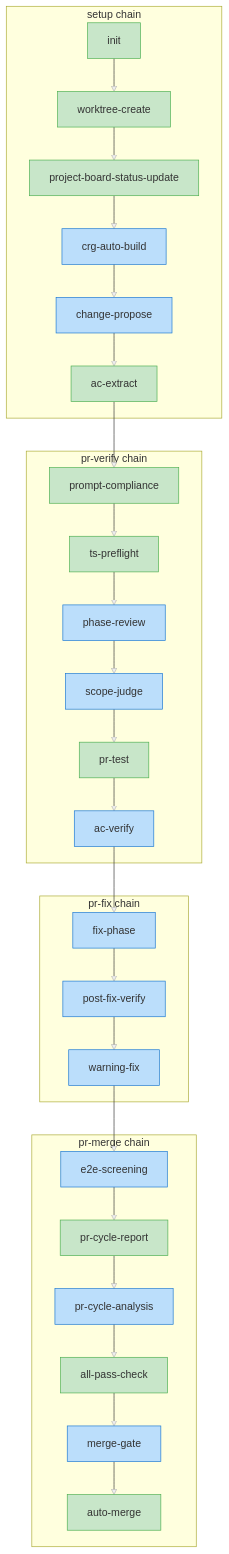
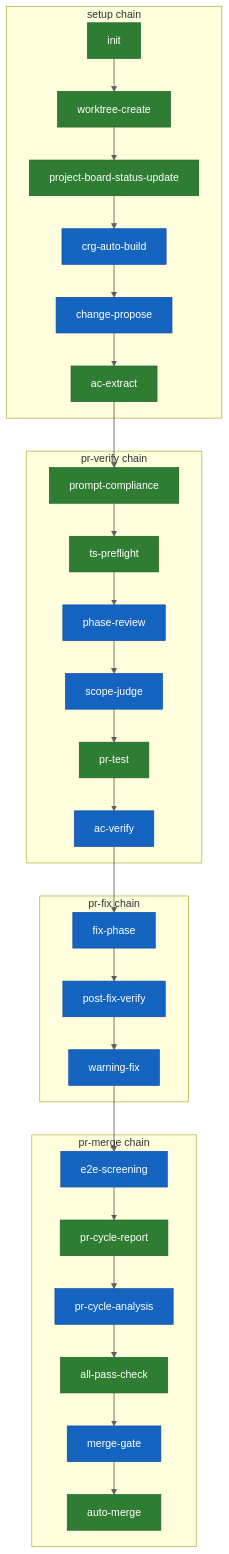
One commit to shuu5/twill changed the second of 3 diagrams in plugins/twl/architecture/domain/contexts/autopilot.md. Above: the diagram before and after it, drawn with Mermaid. The commit also changed 3 other files, not shown here.

First line of the commit message:
fix(chain): Mermaid classDef の色をWCAG AA準拠に修正

````diff
--- a/plugins/twl/architecture/domain/contexts/autopilot.md
+++ b/plugins/twl/architecture/domain/contexts/autopilot.md
@@ -94,63 +94,63 @@
 ```mermaid
 flowchart TD
 
     subgraph setup["setup chain"]
         setup__init["init"]:::script
         setup__worktree_create["worktree-create"]:::script
         setup__project_board_status_update["project-board-status-update"]:::script
         setup__crg_auto_build["crg-auto-build"]:::llm
         setup__change_propose["change-propose"]:::llm
         setup__ac_extract["ac-extract"]:::script
     end
 
     subgraph pr_verify["pr-verify chain"]
         pr_verify__prompt_compliance["prompt-compliance"]:::script
         pr_verify__ts_preflight["ts-preflight"]:::script
         pr_verify__phase_review["phase-review"]:::llm
         pr_verify__scope_judge["scope-judge"]:::llm
         pr_verify__pr_test["pr-test"]:::script
         pr_verify__ac_verify["ac-verify"]:::llm
     end
 
     subgraph pr_fix["pr-fix chain"]
         pr_fix__fix_phase["fix-phase"]:::llm
         pr_fix__post_fix_verify["post-fix-verify"]:::llm
         pr_fix__warning_fix["warning-fix"]:::llm
     end
 
     subgraph pr_merge["pr-merge chain"]
         pr_merge__e2e_screening["e2e-screening"]:::llm
         pr_merge__pr_cycle_report["pr-cycle-report"]:::script
         pr_merge__pr_cycle_analysis["pr-cycle-analysis"]:::llm
         pr_merge__all_pass_check["all-pass-check"]:::script
         pr_merge__merge_gate["merge-gate"]:::llm
         pr_merge__auto_merge["auto-merge"]:::script
     end
 
     setup__init --> setup__worktree_create
     setup__worktree_create --> setup__project_board_status_update
     setup__project_board_status_update --> setup__crg_auto_build
     setup__crg_auto_build --> setup__change_propose
     setup__change_propose --> setup__ac_extract
     pr_verify__prompt_compliance --> pr_verify__ts_preflight
     pr_verify__ts_preflight --> pr_verify__phase_review
     pr_verify__phase_review --> pr_verify__scope_judge
     pr_verify__scope_judge --> pr_verify__pr_test
     pr_verify__pr_test --> pr_verify__ac_verify
     pr_fix__fix_phase --> pr_fix__post_fix_verify
     pr_fix__post_fix_verify --> pr_fix__warning_fix
     pr_merge__e2e_screening --> pr_merge__pr_cycle_report
     pr_merge__pr_cycle_report --> pr_merge__pr_cycle_analysis
     pr_merge__pr_cycle_analysis --> pr_merge__all_pass_check
     pr_merge__all_pass_check --> pr_merge__merge_gate
     pr_merge__merge_gate --> pr_merge__auto_merge
 
     setup__ac_extract --> pr_verify__prompt_compliance
     pr_verify__ac_verify --> pr_fix__fix_phase
     pr_fix__warning_fix --> pr_merge__e2e_screening
 
-    classDef script fill:#c8e6c9,stroke:#4caf50
-    classDef llm fill:#bbdefb,stroke:#1976d2
-    classDef composite fill:#e1bee7,stroke:#7b1fa2
-    classDef marker fill:#eeeeee,stroke:#9e9e9e
+    classDef script fill:#2e7d32,stroke:#1b5e20,color:#ffffff
+    classDef llm fill:#1565c0,stroke:#0d47a1,color:#ffffff
+    classDef composite fill:#7b1fa2,stroke:#4a148c,color:#ffffff
+    classDef marker fill:#616161,stroke:#424242,color:#ffffff
 ```
````
